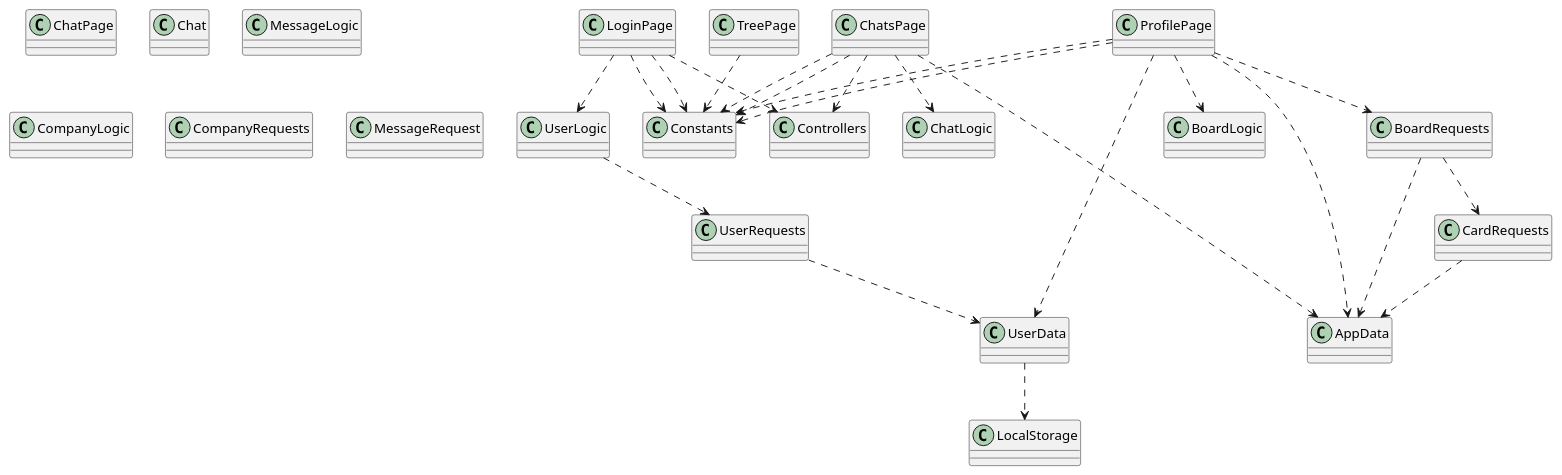
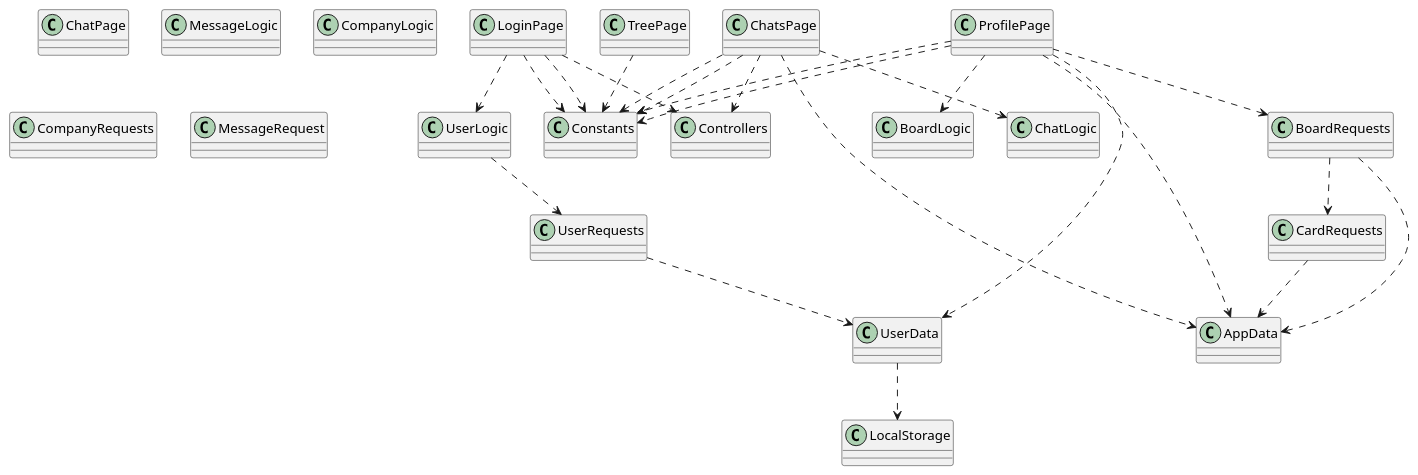
Before and after one commit to 4Whiskas/kursach: the diagram in uml/classes/common.puml, drawn with PlantUML. The commit also changed 7 other files, not shown here.

```diff
--- a/uml/classes/common.puml
+++ b/uml/classes/common.puml
@@ -1,48 +1,47 @@
 @startuml
 'https://plantuml.com/class-diagram
     class Constants
     class LoginPage
     class ProfilePage
     class ChatsPage
     class ChatPage
-    class Chat
     class TreePage
     class BoardLogic
     class ChatLogic
     class MessageLogic
     class UserLogic
     class Controllers
     class CompanyLogic
     class LocalStorage
     class AppData
     class UserData
     class BoardRequests
     class CardRequests
     class CompanyRequests
     class MessageRequest
     class UserRequests
 
 LoginPage ..> Constants
 ProfilePage ..> Constants
 ChatsPage ..> Constants
 ChatsPage ..> Constants
 TreePage ..> Constants
 LoginPage ..> Controllers
 LoginPage ..> UserLogic
 LoginPage ..> Constants
 UserLogic ..> UserRequests
 ProfilePage ..> BoardRequests
 BoardRequests ..> AppData
 BoardRequests ..> CardRequests
 CardRequests ..> AppData
 UserRequests ..> UserData
 UserData ..> LocalStorage
 ProfilePage ..> AppData
 ProfilePage ..> UserData
 ProfilePage ..> Constants
 ProfilePage ..> BoardLogic
 ChatsPage ..> ChatLogic
 ChatsPage ..> AppData
 ChatsPage ..> Controllers
 
 @enduml
```
